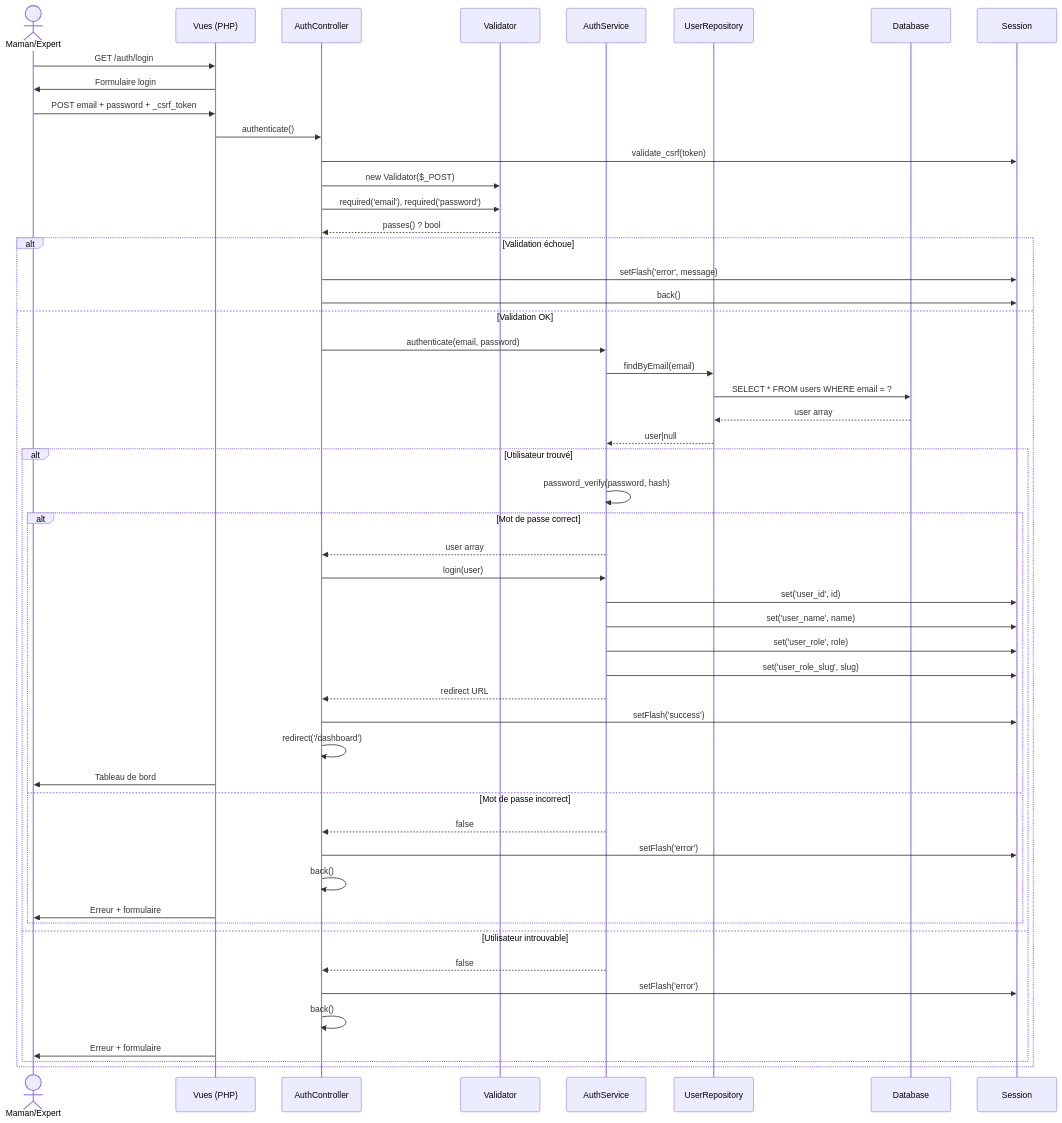
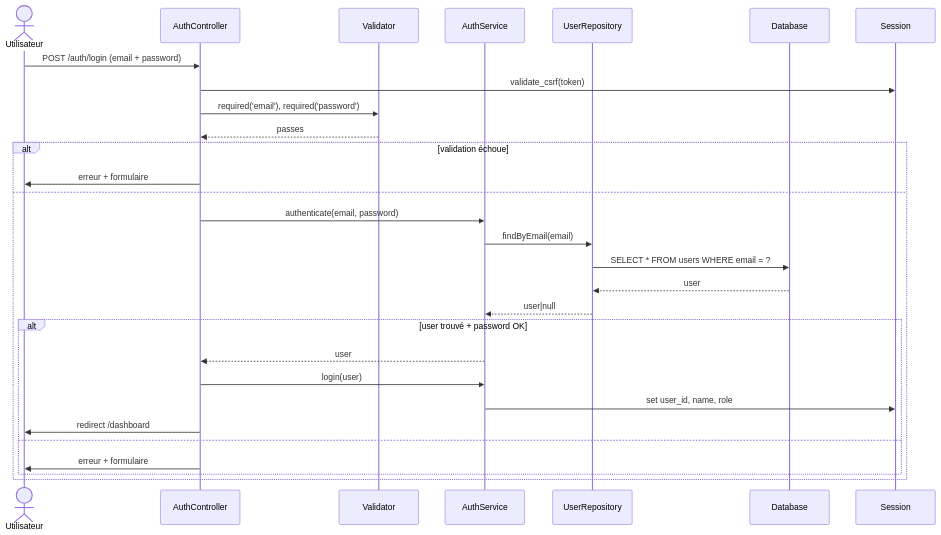
Before and after one commit to TheNeovimmer/lulu: the eighth of 13 diagrams in docs/UML.md, drawn with Mermaid. The commit also changed other lines of this file, not shown here.

Commit message:
docs: simplify class + refine use-case diagrams per-role + general

````diff
--- a/docs/UML.md
+++ b/docs/UML.md
@@ -780,59 +329,34 @@
 ```mermaid
 sequenceDiagram
-  actor User as Maman/Expert
-  participant V as Vues (PHP)
+  actor U as Utilisateur
   participant C as AuthController
   participant Val as Validator
   participant Svc as AuthService
   participant R as UserRepository
   participant DB as Database
   participant S as Session
 
-  User->>V: GET /auth/login
-  V->>User: Formulaire login
+  U->>C: POST /auth/login (email + password)
+  C->>S: validate_csrf(token)
+  C->>Val: required('email'), required('password')
+  Val-->>C: passes
 
-  User->>V: POST email + password + _csrf_token
-  V->>C: authenticate()
-
-  C->>S: validate_csrf(token)
-  C->>Val: new Validator($_POST)
-  C->>Val: required('email'), required('password')
-  Val-->>C: passes() ? bool
-
-  alt Validation échoue
-    C->>S: setFlash('error', message)
-    C->>S: back()
-  else Validation OK
+  alt validation échoue
+    C->>U: erreur + formulaire
+  else
     C->>Svc: authenticate(email, password)
     Svc->>R: findByEmail(email)
     R->>DB: SELECT * FROM users WHERE email = ?
-    DB-->>R: user array
+    DB-->>R: user
     R-->>Svc: user|null
 
-    alt Utilisateur trouvé
-      Svc->>Svc: password_verify(password, hash)
-      alt Mot de passe correct
-        Svc-->>C: user array
-        C->>Svc: login(user)
-        Svc->>S: set('user_id', id)
-        Svc->>S: set('user_name', name)
-        Svc->>S: set('user_role', role)
-        Svc->>S: set('user_role_slug', slug)
-        Svc-->>C: redirect URL
-        C->>S: setFlash('success')
-        C->>C: redirect('/dashboard')
-        V->>User: Tableau de bord
-      else Mot de passe incorrect
-        Svc-->>C: false
-        C->>S: setFlash('error')
-        C->>C: back()
-        V->>User: Erreur + formulaire
-      end
-    else Utilisateur introuvable
-      Svc-->>C: false
-      C->>S: setFlash('error')
-      C->>C: back()
-      V->>User: Erreur + formulaire
+    alt user trouvé + password OK
+      Svc-->>C: user
+      C->>Svc: login(user)
+      Svc->>S: set user_id, name, role
+      C->>U: redirect /dashboard
+    else
+      C->>U: erreur + formulaire
     end
   end
 ```
````
